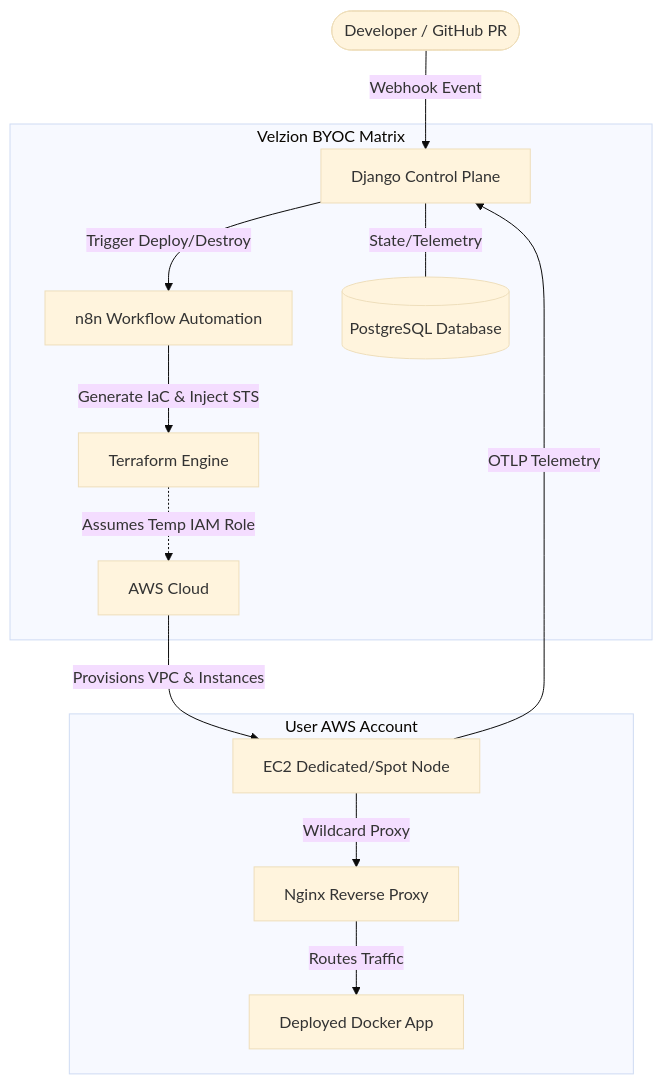
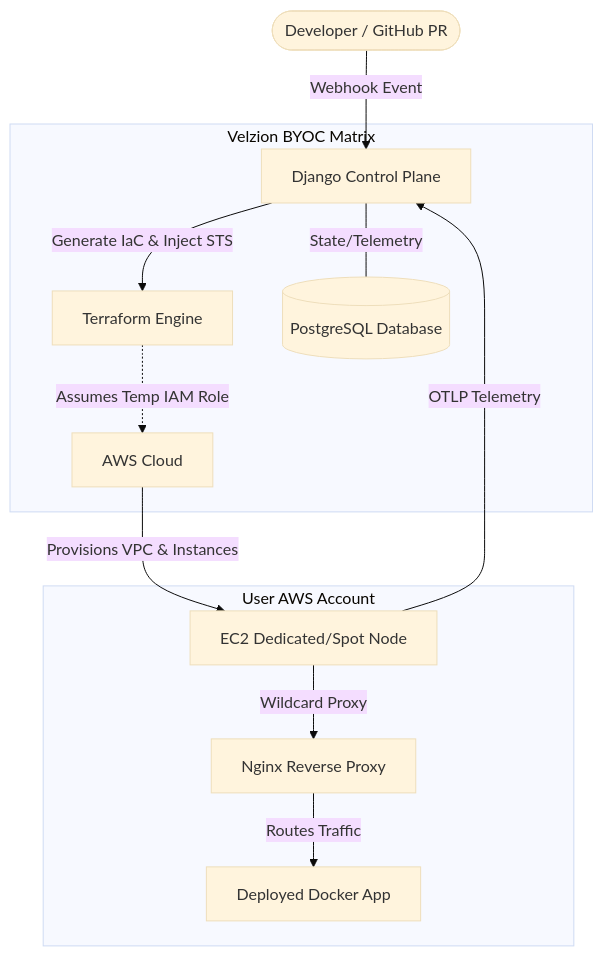
The diagram in README.md (Parth2496Singh/VELZION-V2), drawn with Mermaid (base theme) before and after one commit. The commit also changed other lines of this file and 6 other files, not shown here.

````diff
--- a/README.md
+++ b/README.md
@@ -90,19 +89,18 @@
 ```mermaid
 graph TD
     User([Developer / GitHub PR]) -->|Webhook Event| Django[Django Control Plane]
     
     subgraph Control_Plane [Velzion BYOC Matrix]
-        Django -->|Trigger Deploy/Destroy| n8n[n8n Workflow Automation]
+        Django -->|Generate IaC & Inject STS| TF[Terraform Engine]
         Django ---|State/Telemetry| DB[(PostgreSQL Database)]
         
-        n8n -->|Generate IaC & Inject STS| TF[Terraform Engine]
         TF -.->|Assumes Temp IAM Role| AWS[AWS Cloud]
     end
 
     subgraph AWS_Cloud [User AWS Account]
         AWS -->|Provisions VPC & Instances| EC2[EC2 Dedicated/Spot Node]
         EC2 -->|OTLP Telemetry| Django
         EC2 -->|Wildcard Proxy| Nginx[Nginx Reverse Proxy]
         Nginx -->|Routes Traffic| AppContainer[Deployed Docker App]
     end
 ```
````
